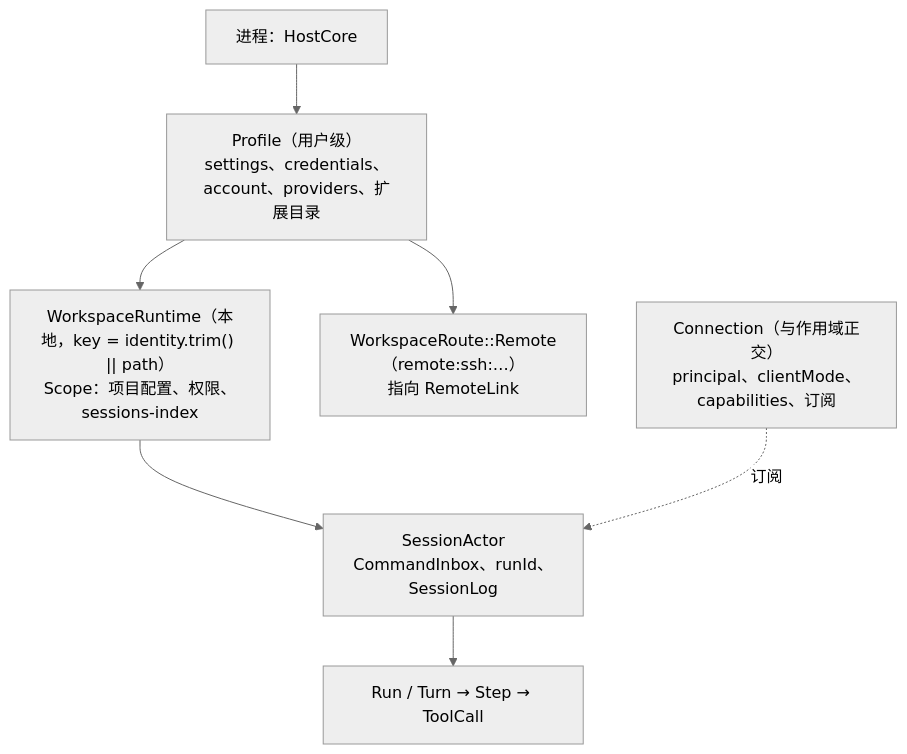
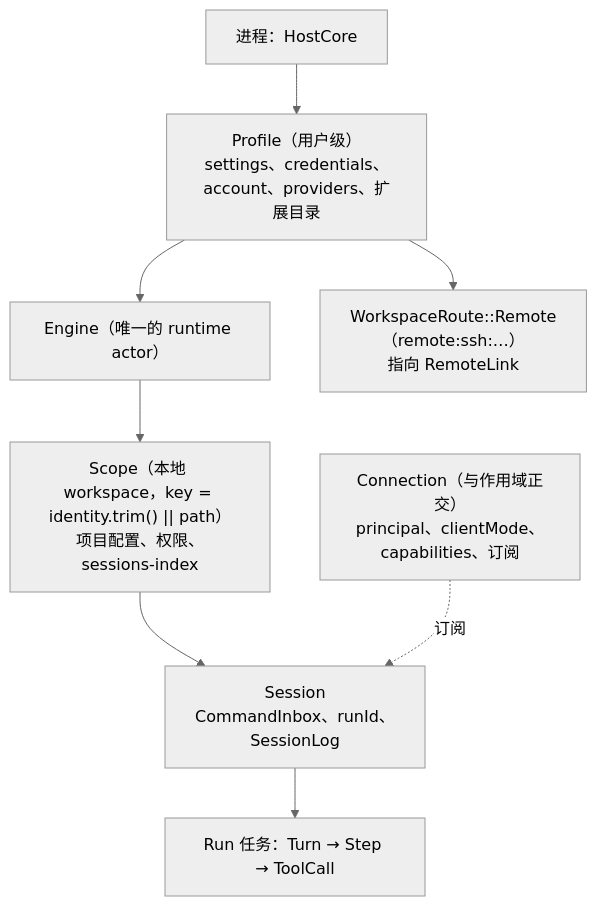
Before and after one commit to Madin-H23/ZCode-rs: the third of 10 diagrams in docs/specs/rust-unified-host.md, drawn with Mermaid (neutral theme). The commit also changed other lines of this file and 1 other file, not shown here.

First line of the commit message:
docs(rust): keep one Engine for all workspaces; add Codex engineering practices

````diff
--- a/docs/specs/rust-unified-host.md
+++ b/docs/specs/rust-unified-host.md
@@ -229,9 +229,10 @@
 ```mermaid
 flowchart TB
     P["进程：HostCore"] --> PR["Profile（用户级）<br/>settings、credentials、account、providers、扩展目录"]
-    PR --> W1["WorkspaceRuntime（本地，key = identity.trim() || path）<br/>Scope：项目配置、权限、sessions-index"]
+    PR --> E["Engine（唯一的 runtime actor）"]
+    E --> W1["Scope（本地 workspace，key = identity.trim() || path）<br/>项目配置、权限、sessions-index"]
     PR --> W2["WorkspaceRoute::Remote（remote:ssh:…）<br/>指向 RemoteLink"]
-    W1 --> S1["SessionActor<br/>CommandInbox、runId、SessionLog"]
-    S1 --> RUN["Run / Turn → Step → ToolCall"]
+    W1 --> S1["Session<br/>CommandInbox、runId、SessionLog"]
+    S1 --> RUN["Run 任务：Turn → Step → ToolCall"]
     C["Connection（与作用域正交）<br/>principal、clientMode、capabilities、订阅"] -. "订阅" .-> S1
 ```
````
